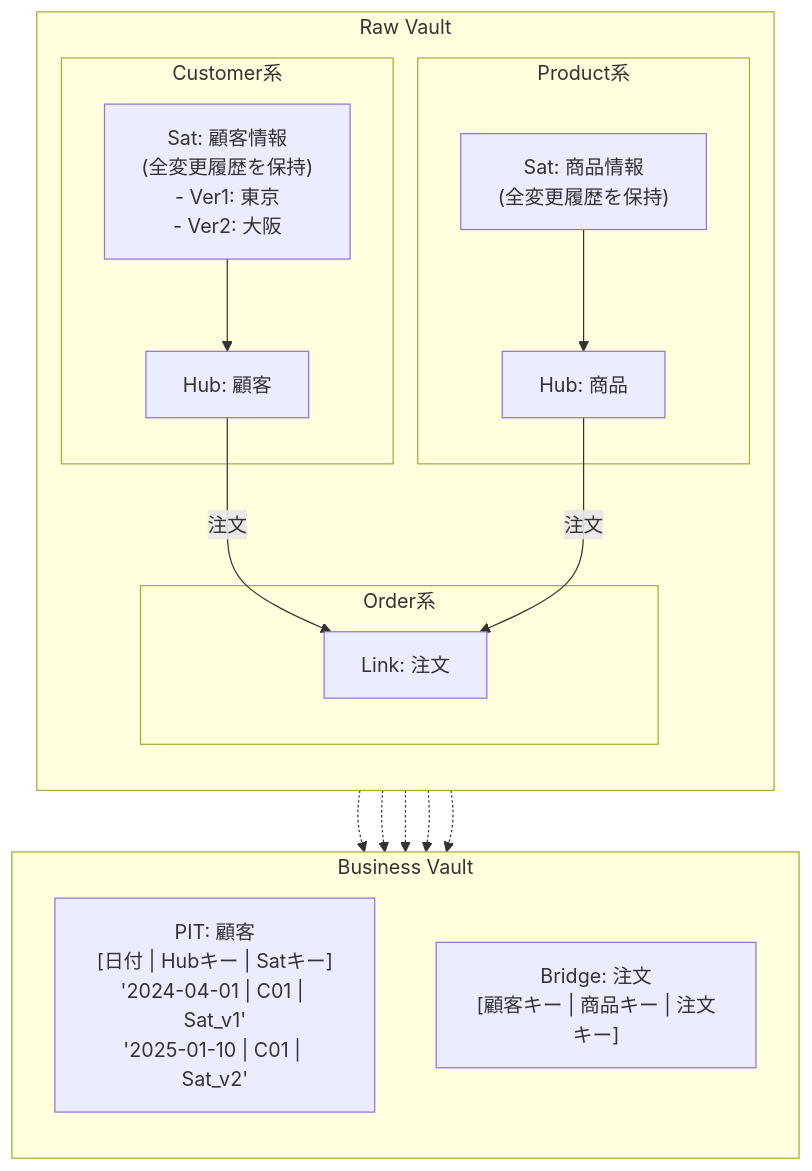
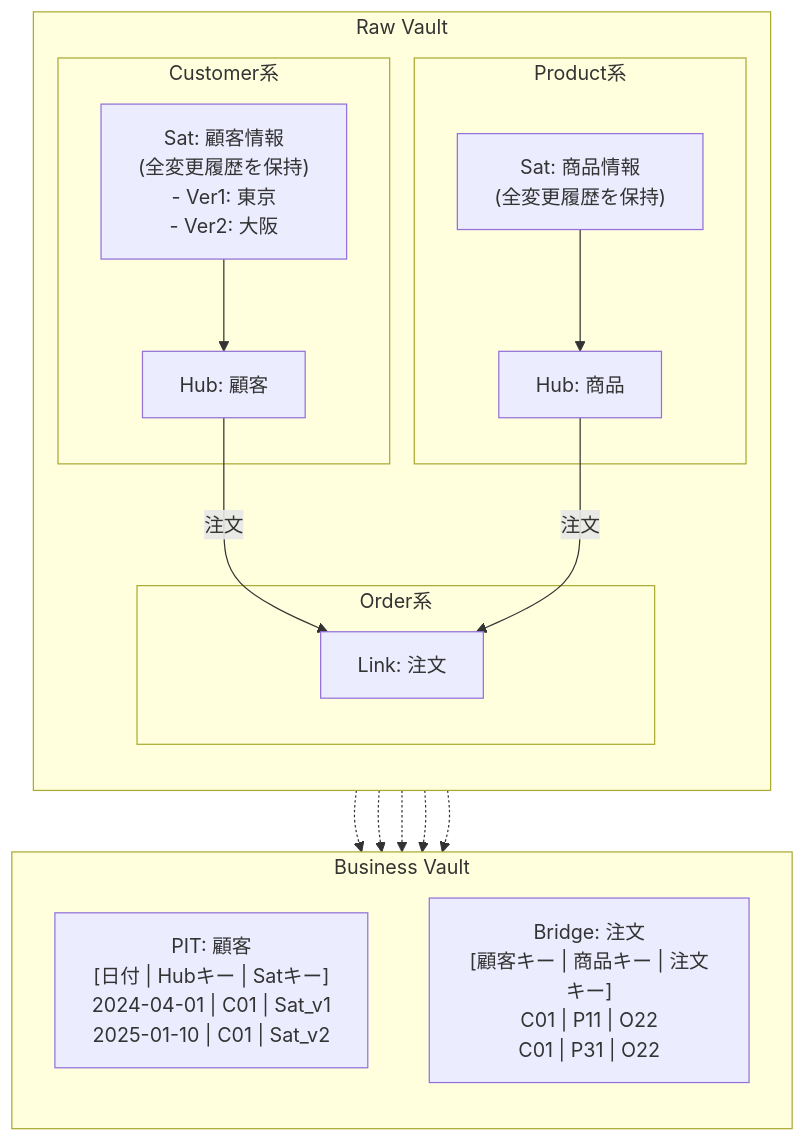
One commit to suwa-sh/zenn-contents changed the third of 6 diagrams in articles/data_pf_arch_20250902.md. Above: the diagram before and after it, drawn with Mermaid.

````diff
--- a/articles/data_pf_arch_20250902.md
+++ b/articles/data_pf_arch_20250902.md
@@ -225,36 +225,36 @@
 ```mermaid
 graph TD
     subgraph Raw_Vault [Raw Vault]
         direction TB
         subgraph Customer系
             Hub_Customer["Hub: 顧客"]
             Sat_Customer["Sat: 顧客情報<br>(全変更履歴を保持)<br>- Ver1: 東京<br>- Ver2: 大阪"]
             Sat_Customer --> Hub_Customer
         end
         subgraph Product系
             Hub_Product["Hub: 商品"]
             Sat_Product["Sat: 商品情報<br>(全変更履歴を保持)"]
             Sat_Product --> Hub_Product
         end
         subgraph Order系
             Link_Order["Link: 注文"]
             Hub_Customer -- 注文 --> Link_Order
             Hub_Product -- 注文 --> Link_Order
         end
     end
 
     subgraph Business_Vault [Business Vault]
         direction TB
-        PIT_Customer["PIT: 顧客<br>[日付 | Hubキー | Satキー]<br>'2024-04-01 | C01 | Sat_v1'<br>'2025-01-10 | C01 | Sat_v2'"]
-        Bridge_Order["Bridge: 注文<br>[顧客キー | 商品キー | 注文キー]"]
+        PIT_Customer["PIT: 顧客<br>[日付 | Hubキー | Satキー]<br>2024-04-01 | C01 | Sat_v1<br>2025-01-10 | C01 | Sat_v2"]
+        Bridge_Order["Bridge: 注文<br>[顧客キー | 商品キー | 注文キー]<br>C01 | P11 | O22<br>C01 | P31 | O22"]
     end
 
     %% Transformation Flow
     Hub_Customer -.-> PIT_Customer
     Sat_Customer -.-> PIT_Customer
 
     Hub_Customer -.-> Bridge_Order
     Link_Order -.-> Bridge_Order
     Hub_Product -.-> Bridge_Order
 
 ```
````
